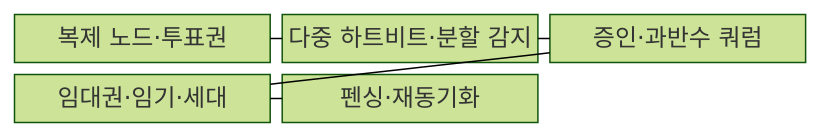
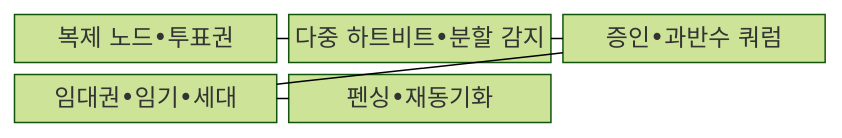
Before and after one commit to agnusdei1207/knowledge-base: the first of 2 diagrams in src/content/docs/notes/06-evaluation/021_split_brain_quorum.md, drawn with Mermaid (forest theme). The commit also changed other lines of this file and 953 other files, not shown here.

````diff
--- a/src/content/docs/notes/06-evaluation/021_split_brain_quorum.md
+++ b/src/content/docs/notes/06-evaluation/021_split_brain_quorum.md
@@ -68,13 +68,13 @@
 ```mermaid
 block-beta
   columns 3
-  A["복제 노드·투표권"]
-  B["다중 하트비트·분할 감지"]
-  C["증인·과반수 쿼럼"]
-  D["임대권·임기·세대"]
-  E["펜싱·재동기화"]
+  A["복제 노드•투표권"]
+  B["다중 하트비트•분할 감지"]
+  C["증인•과반수 쿼럼"]
+  D["임대권•임기•세대"]
+  E["펜싱•재동기화"]
   A --- B
   B --- C
   C --- D
   D --- E
 ```
````
